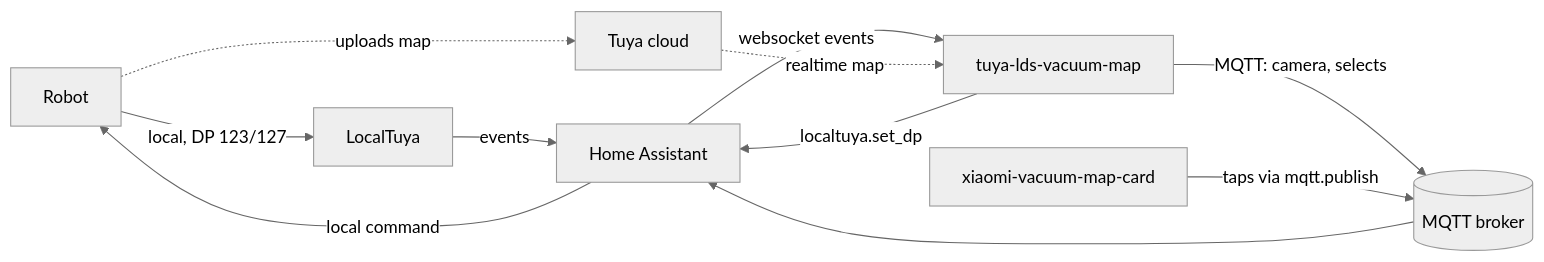
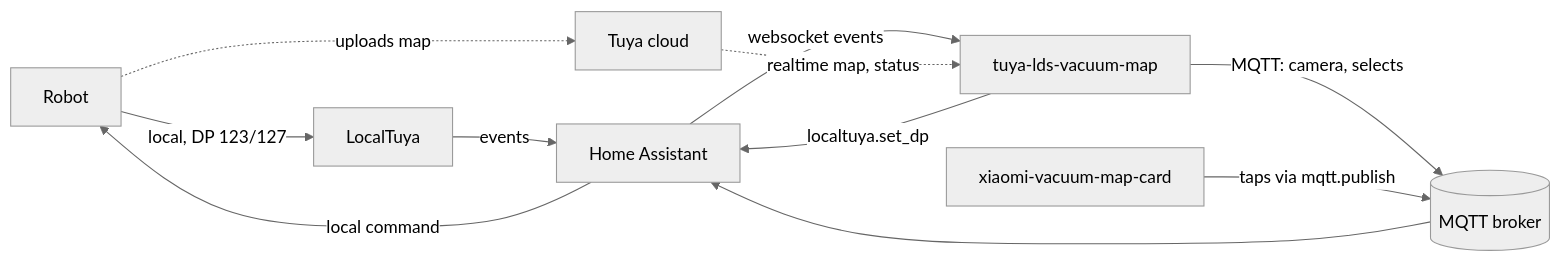
Before and after one commit to MotaLabs/tuya-lds-vacuum-map: the diagram in README.md, drawn with Mermaid (neutral theme). The commit also changed other lines of this file, not shown here.

First line of the commit message:
docs: the service catches up with the robot's status from the cloud

````diff
--- a/README.md
+++ b/README.md
@@ -42,13 +42,13 @@
 ```mermaid
 flowchart LR
     robot[Robot] -- local, DP 123/127 --> localtuya[LocalTuya]
     robot -. uploads map .-> cloud[Tuya cloud]
     localtuya -- events --> ha[Home Assistant]
     ha -- websocket events --> service[tuya-lds-vacuum-map]
-    cloud -. realtime map .-> service
+    cloud -. realtime map, status .-> service
     service -- MQTT: camera, selects --> mqtt[(MQTT broker)]
     mqtt --> ha
     card[xiaomi-vacuum-map-card] -- taps via mqtt.publish --> mqtt
     service -- localtuya.set_dp --> ha
     ha -- local command --> robot
 ```
````
